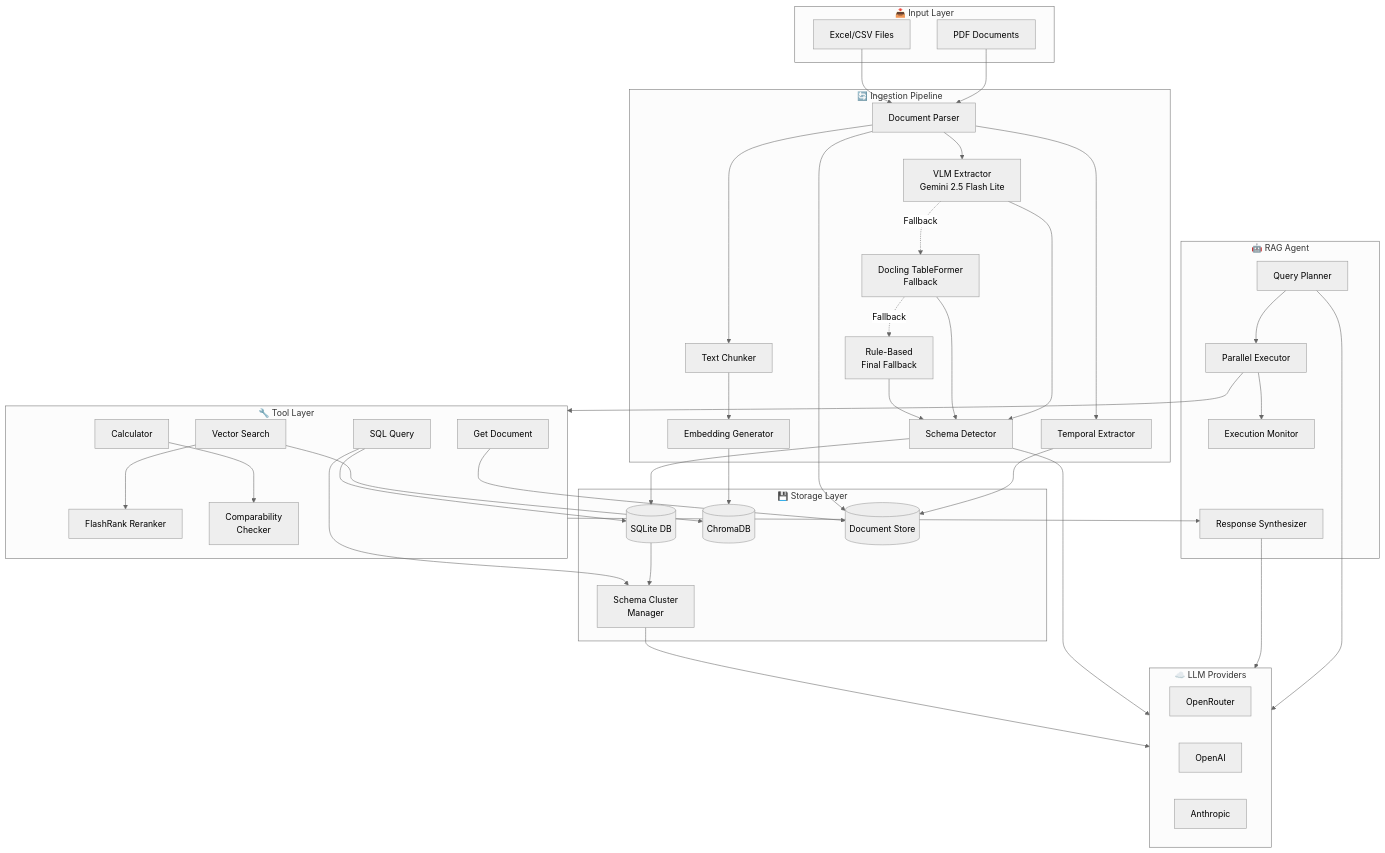
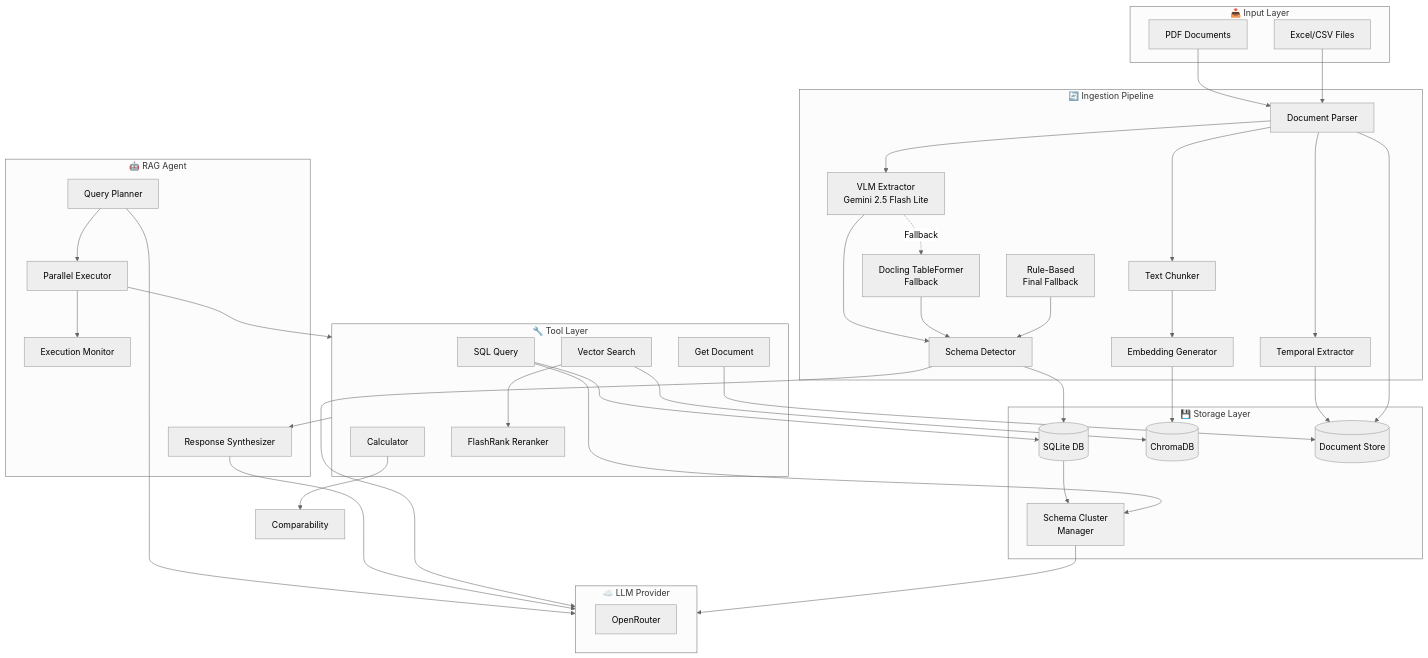
Before and after one commit to vinyasv/financeRAG: the first of 5 diagrams in technicaloverview.md, drawn with Mermaid (neutral theme). The commit also changed other lines of this file and 16 other files, not shown here.

````diff
--- a/technicaloverview.md
+++ b/technicaloverview.md
@@ -28,80 +28,76 @@
 ```mermaid
 flowchart TB
     subgraph Input["📥 Input Layer"]
         PDF[PDF Documents]
         XLSX[Excel/CSV Files]
     end
 
     subgraph Ingestion["🔄 Ingestion Pipeline"]
         Parser[Document Parser]
         VLM[VLM Extractor\nGemini 2.5 Flash Lite]
         Docling[Docling TableFormer\nFallback]
         RuleBased[Rule-Based\nFinal Fallback]
         Chunker[Text Chunker]
         Embedder[Embedding Generator]
         SchemaDet[Schema Detector]
         TemporalEx[Temporal Extractor]
     end
 
     subgraph Storage["💾 Storage Layer"]
         SQLite[(SQLite DB)]
         ChromaDB[(ChromaDB)]
         DocStore[(Document Store)]
         SchemaCluster[Schema Cluster\nManager]
     end
 
     subgraph Agent["🤖 RAG Agent"]
         Planner[Query Planner]
         Executor[Parallel Executor]
         Monitor[Execution Monitor]
         Synth[Response Synthesizer]
     end
 
     subgraph Tools["🔧 Tool Layer"]
         SQLTool[SQL Query]
         VectorTool[Vector Search]
         CalcTool[Calculator]
         DocTool[Get Document]
         Reranker[FlashRank Reranker]
-        Comparability[Comparability\nChecker]
     end
 
-    subgraph LLM["☁️ LLM Providers"]
+    subgraph LLM["☁️ LLM Provider"]
         OpenRouter[OpenRouter]
-        OpenAI[OpenAI]
-        Anthropic[Anthropic]
     end
 
     PDF --> Parser
     XLSX --> Parser
     Parser --> VLM
     VLM -.->|Fallback| Docling
-    Docling -.->|Fallback| RuleBased
     VLM --> SchemaDet
     Docling --> SchemaDet
     RuleBased --> SchemaDet
     SchemaDet --> SQLite
     Parser --> TemporalEx
     TemporalEx --> DocStore
     Parser --> Chunker
     Chunker --> Embedder
     Embedder --> ChromaDB
     Parser --> DocStore
     SQLite --> SchemaCluster
 
     Planner --> Executor
     Executor --> Monitor
     Executor --> Tools
     SQLTool --> SQLite
     SQLTool --> SchemaCluster
     VectorTool --> ChromaDB
     VectorTool --> Reranker
     DocTool --> DocStore
     CalcTool --> Comparability
     Tools --> Synth
 
     Planner --> LLM
     Synth --> LLM
     SchemaDet --> LLM
     SchemaCluster --> LLM
 ```
````
